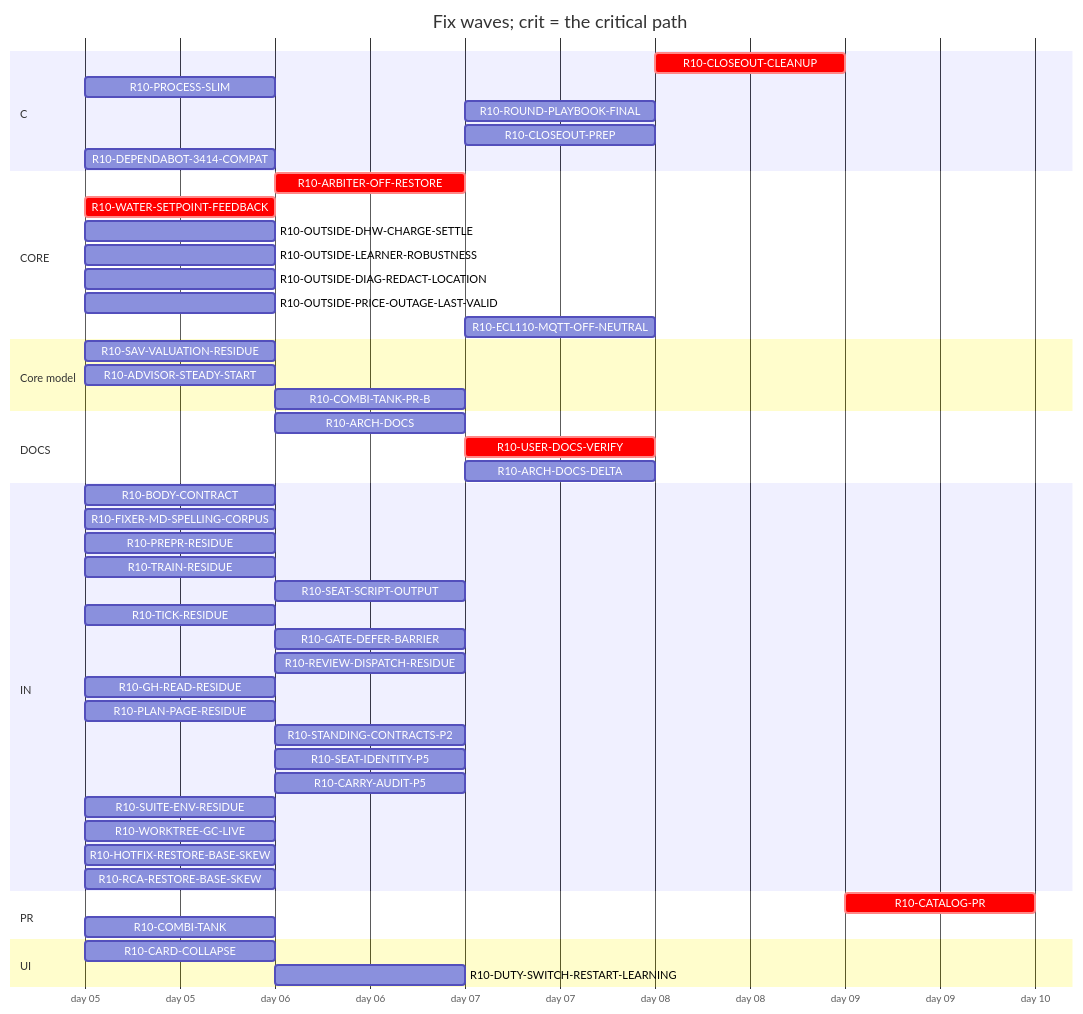
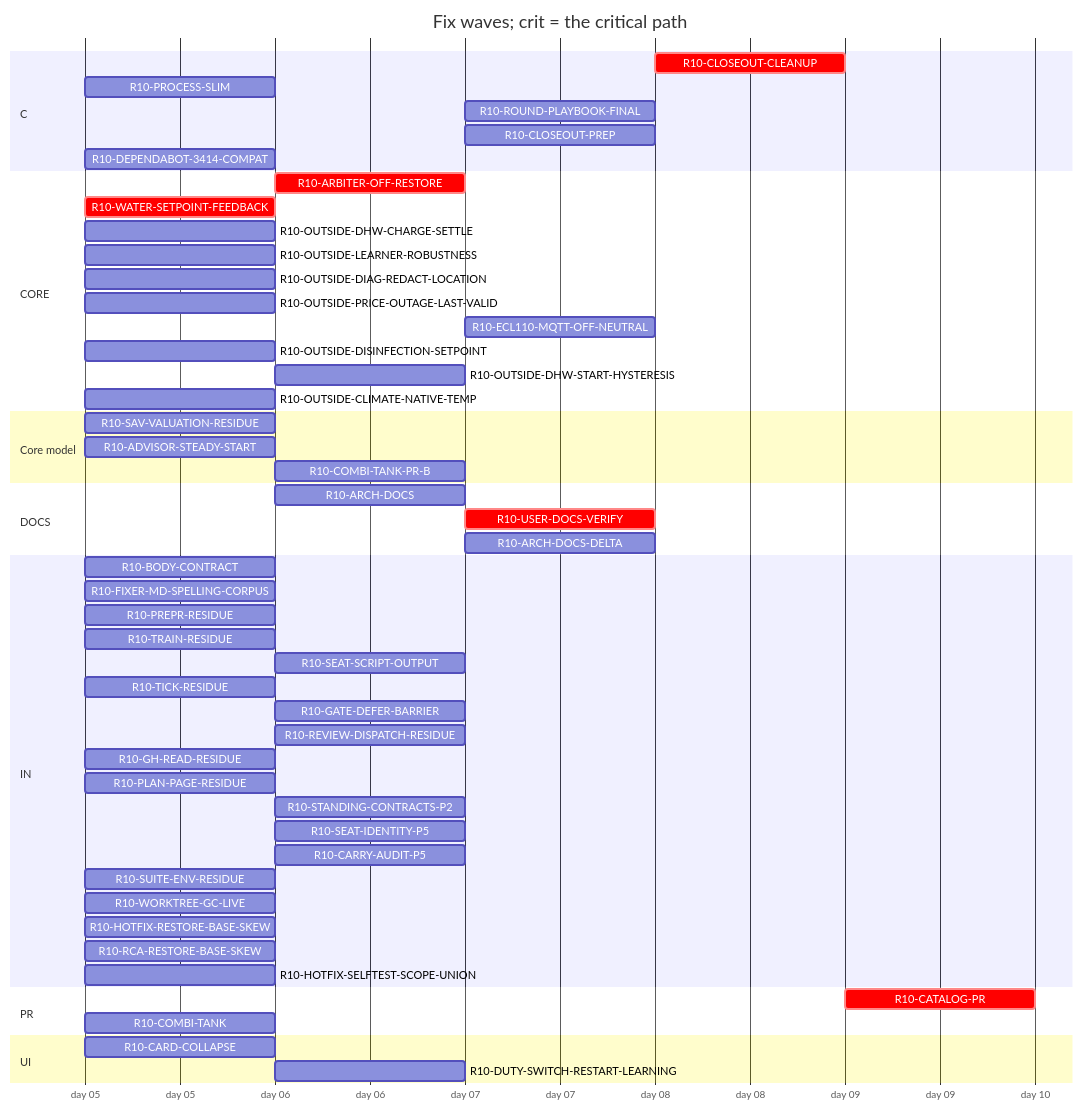
One commit to tvofi/heatpump_optimizer changed the diagram in handoff/round10/state/PLAN-TABLE.md. Above: the diagram before and after it, drawn with Mermaid. The commit also changed other lines of this file and 4 other files, not shown here.

Commit message:
state: FLOW-BOARD.md, NEXT-SESSION-PROMPT.md, PLAN-TABLE.md, PLAN.html, RESUME-CURRENT.md regenerated (state_docs.py)

````diff
--- a/handoff/round10/state/PLAN-TABLE.md
+++ b/handoff/round10/state/PLAN-TABLE.md
@@ -20,52 +20,56 @@
 ```mermaid
 gantt
   title Fix waves; crit = the critical path
   dateFormat YYYY-MM-DD
   axisFormat day %d
   section C
     R10-CLOSEOUT-CLEANUP :crit, r10CLOSEOUTCLEANUP, after r10ARCHDOCS r10USERDOCSVERIFY r10ROUNDPLAYBOOKFINAL r10CLOSEOUTPREP r10ARCHDOCSDELTA, 1d
     R10-PROCESS-SLIM :r10PROCESSSLIM, 2026-01-05, 1d
     R10-ROUND-PLAYBOOK-FINAL :r10ROUNDPLAYBOOKFINAL, after r10BODYCONTRACT r10PROCESSSLIM r10FIXERMDSPELLINGCORPUS r10PREPRRESIDUE r10SEATSCRIPTOUTPUT r10REVIEWDISPATCHRESIDUE r10CARRYAUDITP5 r10TICKRESIDUE r10SEATIDENTITYP5 r10STANDINGCONTRACTSP2 r10PLANPAGERESIDUE r10TRAINRESIDUE r10GHREADRESIDUE r10SUITEENVRESIDUE r10GATEDEFERBARRIER r10WORKTREEGCLIVE, 1d
     R10-CLOSEOUT-PREP :r10CLOSEOUTPREP, after r10ARCHDOCS r10BODYCONTRACT r10PROCESSSLIM r10FIXERMDSPELLINGCORPUS r10PREPRRESIDUE r10SEATSCRIPTOUTPUT r10REVIEWDISPATCHRESIDUE r10CARRYAUDITP5 r10TICKRESIDUE r10SEATIDENTITYP5 r10STANDINGCONTRACTSP2 r10PLANPAGERESIDUE r10TRAINRESIDUE r10GHREADRESIDUE r10SUITEENVRESIDUE r10GATEDEFERBARRIER r10WORKTREEGCLIVE, 1d
     R10-DEPENDABOT-3414-COMPAT :r10DEPENDABOT3414COMPAT, 2026-01-05, 1d
   section CORE
     R10-ARBITER-OFF-RESTORE :crit, r10ARBITEROFFRESTORE, after r10WATERSETPOINTFEEDBACK, 1d
     R10-WATER-SETPOINT-FEEDBACK :crit, r10WATERSETPOINTFEEDBACK, 2026-01-05, 1d
     R10-OUTSIDE-DHW-CHARGE-SETTLE :r10OUTSIDEDHWCHARGESETTLE, 2026-01-05, 1d
     R10-OUTSIDE-LEARNER-ROBUSTNESS :r10OUTSIDELEARNERROBUSTNESS, 2026-01-05, 1d
     R10-OUTSIDE-DIAG-REDACT-LOCATION :r10OUTSIDEDIAGREDACTLOCATION, 2026-01-05, 1d
     R10-OUTSIDE-PRICE-OUTAGE-LAST-VALID :r10OUTSIDEPRICEOUTAGELASTVALID, 2026-01-05, 1d
     R10-ECL110-MQTT-OFF-NEUTRAL :r10ECL110MQTTOFFNEUTRAL, after r10ARBITEROFFRESTORE, 1d
+    R10-OUTSIDE-DISINFECTION-SETPOINT :r10OUTSIDEDISINFECTIONSETPOINT, 2026-01-05, 1d
+    R10-OUTSIDE-DHW-START-HYSTERESIS :r10OUTSIDEDHWSTARTHYSTERESIS, after r10OUTSIDEDISINFECTIONSETPOINT, 1d
+    R10-OUTSIDE-CLIMATE-NATIVE-TEMP :r10OUTSIDECLIMATENATIVETEMP, 2026-01-05, 1d
   section Core model
     R10-SAV-VALUATION-RESIDUE :r10SAVVALUATIONRESIDUE, 2026-01-05, 1d
     R10-ADVISOR-STEADY-START :r10ADVISORSTEADYSTART, 2026-01-05, 1d
     R10-COMBI-TANK-PR-B :r10COMBITANKPRB, after r10COMBITANK, 1d
   section DOCS
     R10-ARCH-DOCS :r10ARCHDOCS, after r10BODYCONTRACT r10PROCESSSLIM, 1d
     R10-USER-DOCS-VERIFY :crit, r10USERDOCSVERIFY, after r10ARBITEROFFRESTORE r10COMBITANK, 1d
     R10-ARCH-DOCS-DELTA :r10ARCHDOCSDELTA, after r10ARCHDOCS r10ARBITEROFFRESTORE r10COMBITANK r10SAVVALUATIONRESIDUE r10ADVISORSTEADYSTART r10COMBITANKPRB, 1d
   section IN
     R10-BODY-CONTRACT :r10BODYCONTRACT, 2026-01-05, 1d
     R10-FIXER-MD-SPELLING-CORPUS :r10FIXERMDSPELLINGCORPUS, 2026-01-05, 1d
     R10-PREPR-RESIDUE :r10PREPRRESIDUE, 2026-01-05, 1d
     R10-TRAIN-RESIDUE :r10TRAINRESIDUE, 2026-01-05, 1d
     R10-SEAT-SCRIPT-OUTPUT :r10SEATSCRIPTOUTPUT, after r10TRAINRESIDUE, 1d
     R10-TICK-RESIDUE :r10TICKRESIDUE, 2026-01-05, 1d
     R10-GATE-DEFER-BARRIER :r10GATEDEFERBARRIER, after r10TRAINRESIDUE r10TICKRESIDUE, 1d
     R10-REVIEW-DISPATCH-RESIDUE :r10REVIEWDISPATCHRESIDUE, after r10PROCESSSLIM, 1d
     R10-GH-READ-RESIDUE :r10GHREADRESIDUE, 2026-01-05, 1d
     R10-PLAN-PAGE-RESIDUE :r10PLANPAGERESIDUE, 2026-01-05, 1d
     R10-STANDING-CONTRACTS-P2 :r10STANDINGCONTRACTSP2, after r10FIXERMDSPELLINGCORPUS, 1d
     R10-SEAT-IDENTITY-P5 :r10SEATIDENTITYP5, after r10TICKRESIDUE, 1d
     R10-CARRY-AUDIT-P5 :r10CARRYAUDITP5, after r10BODYCONTRACT, 1d
     R10-SUITE-ENV-RESIDUE :r10SUITEENVRESIDUE, 2026-01-05, 1d
     R10-WORKTREE-GC-LIVE :r10WORKTREEGCLIVE, 2026-01-05, 1d
     R10-HOTFIX-RESTORE-BASE-SKEW :r10HOTFIXRESTOREBASESKEW, 2026-01-05, 1d
     R10-RCA-RESTORE-BASE-SKEW :r10RCARESTOREBASESKEW, 2026-01-05, 1d
+    R10-HOTFIX-SELFTEST-SCOPE-UNION :r10HOTFIXSELFTESTSCOPEUNION, 2026-01-05, 1d
   section PR
     R10-CATALOG-PR :crit, r10CATALOGPR, after r10USERDOCSVERIFY r10ARCHDOCS r10ROUNDPLAYBOOKFINAL r10CLOSEOUTCLEANUP r10CLOSEOUTPREP r10ARCHDOCSDELTA, 1d
     R10-COMBI-TANK :r10COMBITANK, 2026-01-05, 1d
   section UI
     R10-CARD-COLLAPSE :r10CARDCOLLAPSE, 2026-01-05, 1d
     R10-DUTY-SWITCH-RESTART-LEARNING :r10DUTYSWITCHRESTARTLEARNING, after r10WATERSETPOINTFEEDBACK, 1d
 ```
````
